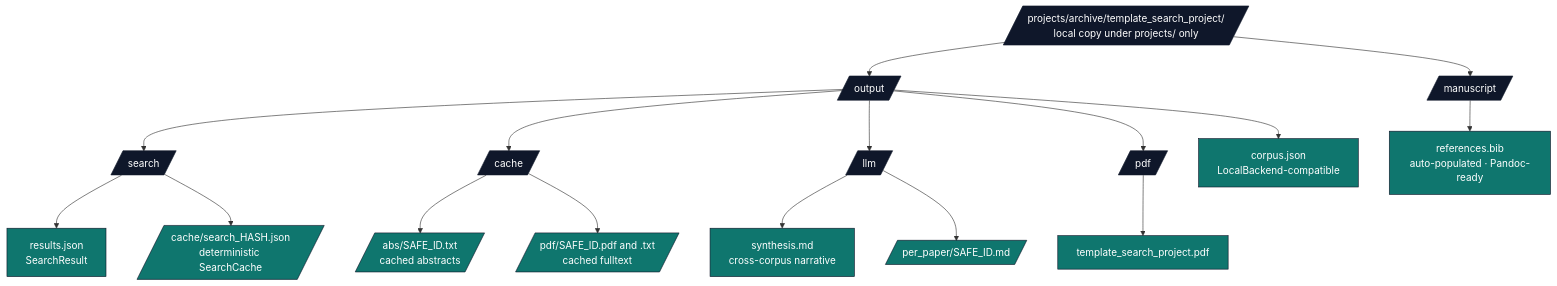
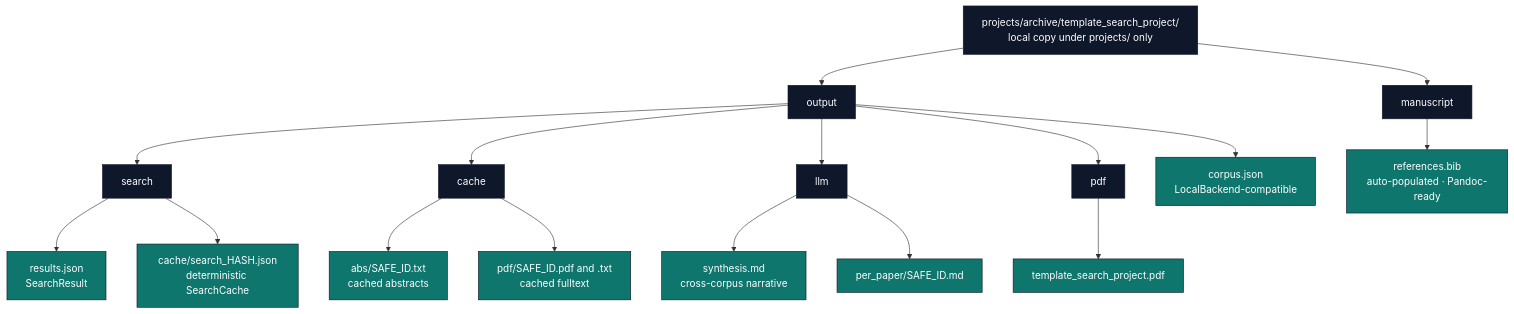
One commit to docxology/template changed the second of 2 diagrams in docs/core/literature-data-flow.md. Above: the diagram before and after it, drawn with Mermaid. The commit also changed 94 other files, not shown here.

````diff
--- a/docs/core/literature-data-flow.md
+++ b/docs/core/literature-data-flow.md
@@ -53,30 +53,30 @@
 ```mermaid
 flowchart TB
-    PROJ[/projects/archive/template_search_project/<br/>local copy under projects/ only/]
-    PROJ --> OUTPUT[/output/]
-    PROJ --> MANUSCRIPT[/manuscript/]
+    PROJ[projects/archive/template_search_project/<br/>local copy under projects/ only]
+    PROJ --> OUTPUT[output]
+    PROJ --> MANUSCRIPT[manuscript]
 
-    OUTPUT --> SEARCH[/search/]
-    OUTPUT --> CACHE[/cache/]
-    OUTPUT --> LLM_DIR[/llm/]
-    OUTPUT --> PDF_DIR[/pdf/]
+    OUTPUT --> SEARCH[search]
+    OUTPUT --> CACHE[cache]
+    OUTPUT --> LLM_DIR[llm]
+    OUTPUT --> PDF_DIR[pdf]
     OUTPUT --> CORPUS_F[corpus.json<br/>LocalBackend-compatible]
 
     SEARCH --> RES_F[results.json<br/>SearchResult]
-    SEARCH --> SC[/cache/search_HASH.json<br/>deterministic SearchCache/]
+    SEARCH --> SC[cache/search_HASH.json<br/>deterministic SearchCache]
 
-    CACHE --> ABS_DIR[/abs/SAFE_ID.txt<br/>cached abstracts/]
-    CACHE --> PDF_CACHE[/pdf/SAFE_ID.pdf and .txt<br/>cached fulltext/]
+    CACHE --> ABS_DIR[abs/SAFE_ID.txt<br/>cached abstracts]
+    CACHE --> PDF_CACHE[pdf/SAFE_ID.pdf and .txt<br/>cached fulltext]
 
     LLM_DIR --> SYNTH[synthesis.md<br/>cross-corpus narrative]
-    LLM_DIR --> PER_PAPER[/per_paper/SAFE_ID.md/]
+    LLM_DIR --> PER_PAPER[per_paper/SAFE_ID.md]
 
     PDF_DIR --> FINAL[template_search_project.pdf]
 
     MANUSCRIPT --> BIBF[references.bib<br/>auto-populated · Pandoc-ready]
 
     classDef dir fill:#0f172a,stroke:#0f172a,color:#fff
     classDef file fill:#0f766e,stroke:#0f172a,color:#fff
     class PROJ,OUTPUT,MANUSCRIPT,SEARCH,CACHE,LLM_DIR,PDF_DIR dir
     class CORPUS_F,RES_F,SC,ABS_DIR,PDF_CACHE,SYNTH,PER_PAPER,FINAL,BIBF file
 ```
````
